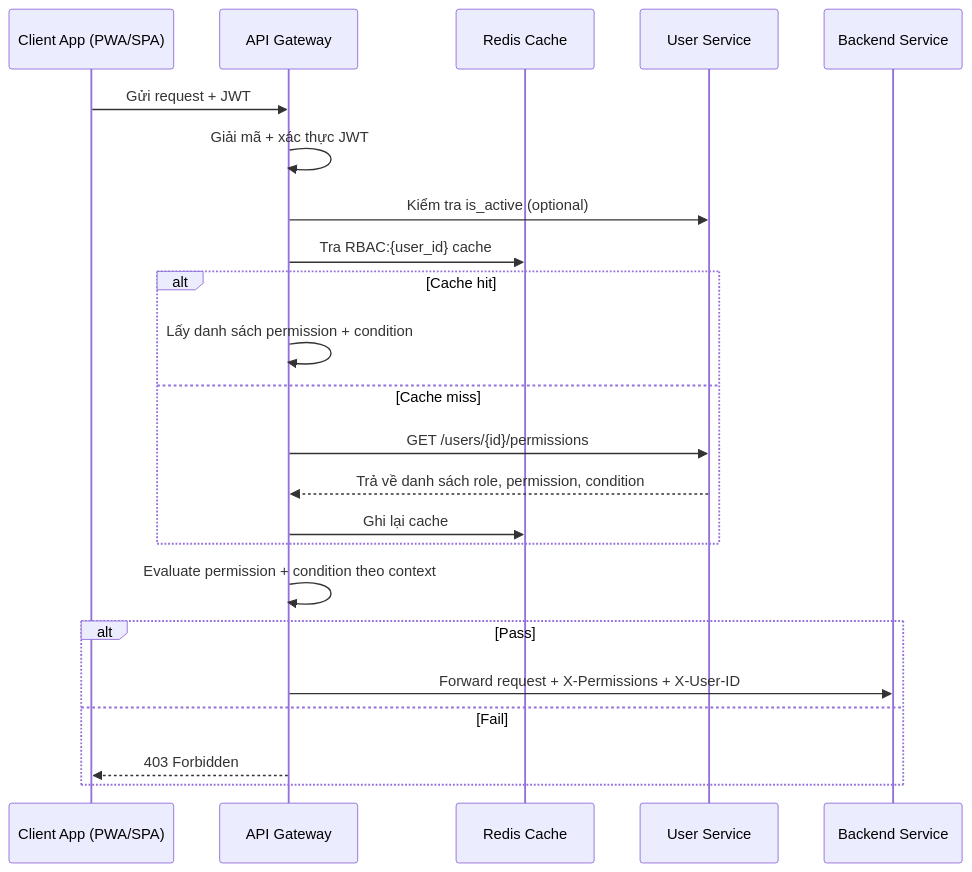
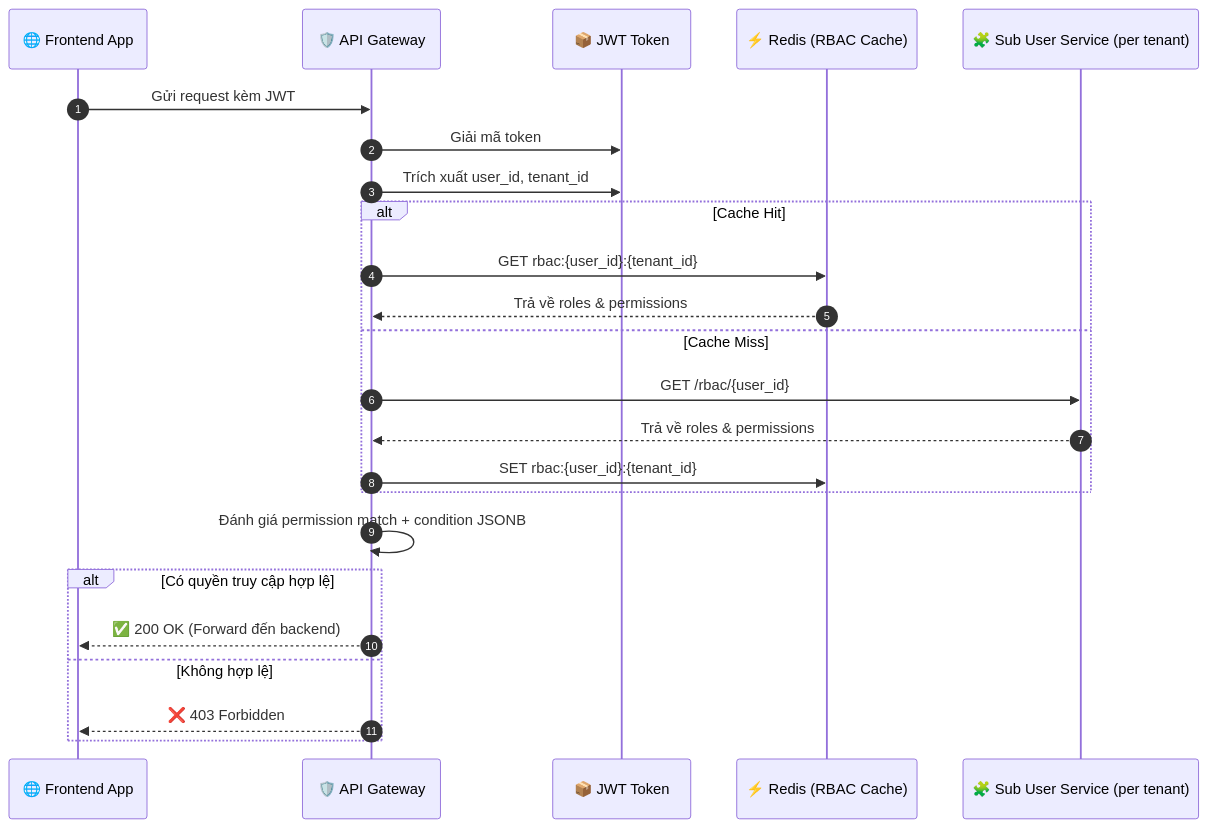
One commit to rockymountain/dx-vas changed the second of 8 diagrams in docs/architecture/system-diagrams.md. Above: the diagram before and after it, drawn with Mermaid. The commit also changed other lines of this file, not shown here.

Commit message:
upgrade system diagrams

````diff
--- a/docs/architecture/system-diagrams.md
+++ b/docs/architecture/system-diagrams.md
@@ -178,27 +108,31 @@
 ```mermaid
 sequenceDiagram
-  participant Client as Client App (PWA/SPA)
-  participant Gateway as API Gateway
-  participant Redis as Redis Cache
-  participant UserSvc as User Service
-  participant Backend as Backend Service
+    autonumber
+    participant Frontend as 🌐 Frontend App
+    participant Gateway as 🛡️ API Gateway
+    participant JWT as 📦 JWT Token
+    participant Redis as ⚡ Redis (RBAC Cache)
+    participant SubUser as 🧩 Sub User Service (per tenant)
 
-  Client->>Gateway: Gửi request + JWT
-  Gateway->>Gateway: Giải mã + xác thực JWT
-  Gateway->>UserSvc: Kiểm tra is_active (optional)
-  Gateway->>Redis: Tra RBAC:{user_id} cache
-  alt Cache hit
-    Gateway->>Gateway: Lấy danh sách permission + condition
-  else Cache miss
-    Gateway->>UserSvc: GET /users/{id}/permissions
-    UserSvc-->>Gateway: Trả về danh sách role, permission, condition
-    Gateway->>Redis: Ghi lại cache
-  end
+    Frontend->>Gateway: Gửi request kèm JWT
 
-  Gateway->>Gateway: Evaluate permission + condition theo context
-  alt Pass
-    Gateway->>Backend: Forward request + X-Permissions + X-User-ID
-  else Fail
-    Gateway-->>Client: 403 Forbidden
-  end
+    Gateway->>JWT: Giải mã token
+    Gateway->>JWT: Trích xuất user_id, tenant_id
+
+    alt Cache Hit
+        Gateway->>Redis: GET rbac:{user_id}:{tenant_id}
+        Redis-->>Gateway: Trả về roles & permissions
+    else Cache Miss
+        Gateway->>SubUser: GET /rbac/{user_id}
+        SubUser-->>Gateway: Trả về roles & permissions
+        Gateway->>Redis: SET rbac:{user_id}:{tenant_id}
+    end
+
+    Gateway->>Gateway: Đánh giá permission match + condition JSONB
+
+    alt Có quyền truy cập hợp lệ
+        Gateway-->>Frontend: ✅ 200 OK (Forward đến backend)
+    else Không hợp lệ
+        Gateway-->>Frontend: ❌ 403 Forbidden
+    end
 ```
````
